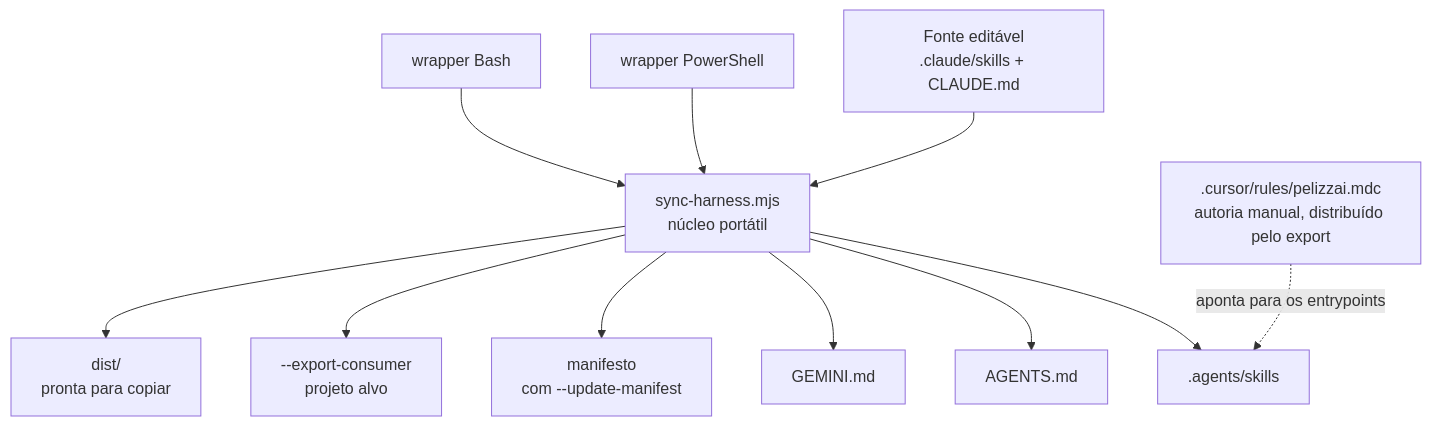
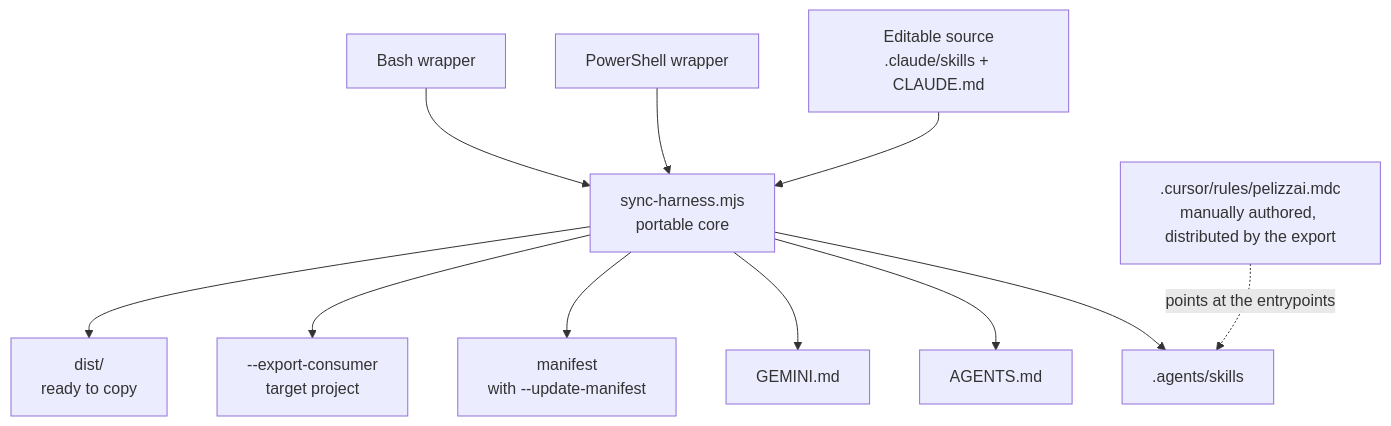
The eighth of 8 diagrams in README.md (rpelizza/PelizzAI), drawn with Mermaid before and after one commit. The commit also changed other lines of this file and 362 other files, not shown here.

First line of the commit message:
feat(harness): translate PelizzAI to English and port noetron-design into pelizzai-frontend

````diff
--- a/README.md
+++ b/README.md
@@ -444,13 +451,13 @@
 ```mermaid
 flowchart TD
-    SRC["Fonte editável<br/>.claude/skills + CLAUDE.md"] --> SYNC["sync-harness.mjs<br/>núcleo portátil"]
-    PS["wrapper PowerShell"] --> SYNC
-    SH["wrapper Bash"] --> SYNC
+    SRC["Editable source<br/>.claude/skills + CLAUDE.md"] --> SYNC["sync-harness.mjs<br/>portable core"]
+    PS["PowerShell wrapper"] --> SYNC
+    SH["Bash wrapper"] --> SYNC
     SYNC --> AS[".agents/skills"]
     SYNC --> AG["AGENTS.md"]
     SYNC --> GE["GEMINI.md"]
-    SYNC --> MF["manifesto<br/>com --update-manifest"]
-    SYNC --> EXP["--export-consumer<br/>projeto alvo"]
-    SYNC --> DIST["dist/<br/>pronta para copiar"]
-    CUR[".cursor/rules/pelizzai.mdc<br/>autoria manual, distribuído pelo export"] -.->|aponta para os entrypoints| AS
+    SYNC --> MF["manifest<br/>with --update-manifest"]
+    SYNC --> EXP["--export-consumer<br/>target project"]
+    SYNC --> DIST["dist/<br/>ready to copy"]
+    CUR[".cursor/rules/pelizzai.mdc<br/>manually authored, distributed by the export"] -.->|points at the entrypoints| AS
 ```
````
